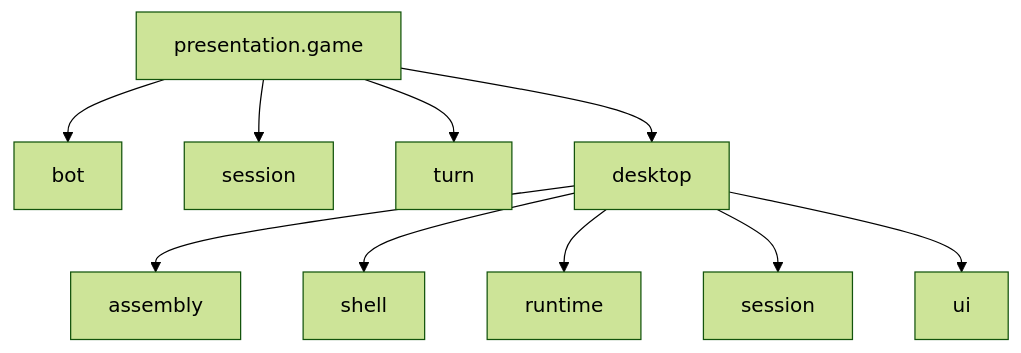
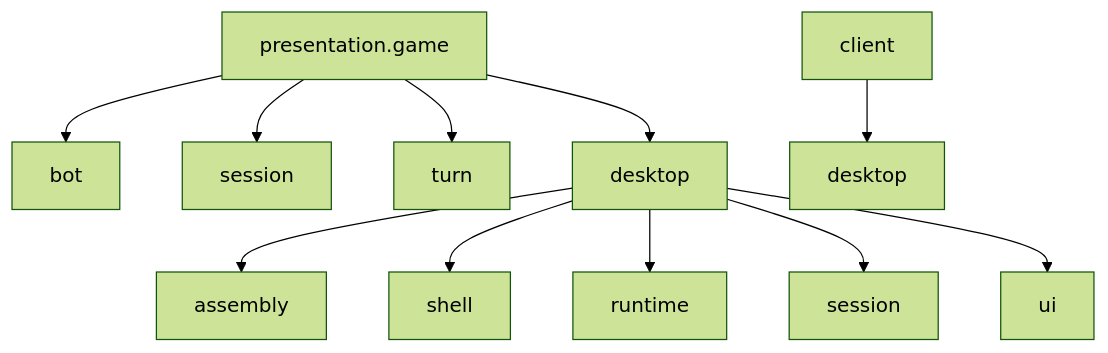
Before and after one commit to Jukkakot/MonopolyApp: the fourth of 6 diagrams in docs/architecture-overview-diagrams.md, drawn with Mermaid (forest theme). The commit also changed other lines of this file and 1 other file, not shown here.

Commit message:
Update architecture docs for client desktop runtime

````diff
--- a/docs/architecture-overview-diagrams.md
+++ b/docs/architecture-overview-diagrams.md
@@ -214,14 +219,16 @@
 ```mermaid
 flowchart TD
     ROOT[presentation.game]
+    CLIENTROOT[client]
     ROOT --> BOT[bot]
     ROOT --> SESSION[session]
     ROOT --> TURN[turn]
     ROOT --> DESKTOP[desktop]
+    CLIENTROOT --> CLIENTDESKTOP[desktop]
 
     DESKTOP --> ASSEMBLY[assembly]
     DESKTOP --> SHELL[shell]
     DESKTOP --> RUNTIME[runtime]
     DESKTOP --> DESKTOPSESSION[session]
     DESKTOP --> UI[ui]
 ```
````
